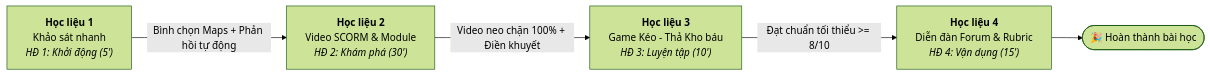
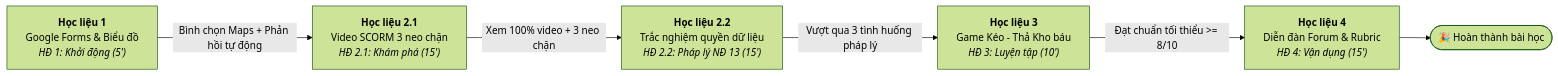
Before and after one commit to toiyeutinhoc238-sudo/lms_bai_6: the diagram in README.md, drawn with Mermaid (forest theme). The commit also changed other lines of this file, not shown here.

Commit message:
Cap nhat README.md dong bo Google Forms va Video 3 neo chan co khoa tien quyet

````diff
--- a/README.md
+++ b/README.md
@@ -11,7 +11,8 @@
 ```mermaid
 flowchart LR
-    H1["<b>Học liệu 1</b><br>Khảo sát nhanh<br><i>HĐ 1: Khởi động (5')</i>"] -->|Bình chọn Maps + Phản hồi tự động| H2["<b>Học liệu 2</b><br>Video SCORM & Module<br><i>HĐ 2: Khám phá (30')</i>"]
-    H2 -->|Video neo chặn 100% + Điền khuyết| H3["<b>Học liệu 3</b><br>Game Kéo - Thả Kho báu<br><i>HĐ 3: Luyện tập (10')</i>"]
+    H1["<b>Học liệu 1</b><br>Google Forms & Biểu đồ<br><i>HĐ 1: Khởi động (5')</i>"] -->|Bình chọn Maps + Phản hồi tự động| H21["<b>Học liệu 2.1</b><br>Video SCORM 3 neo chặn<br><i>HĐ 2.1: Khám phá (15')</i>"]
+    H21 -->|Xem 100% video + 3 neo chặn| H22["<b>Học liệu 2.2</b><br>Trắc nghiệm quyền dữ liệu<br><i>HĐ 2.2: Pháp lý NĐ 13 (15')</i>"]
+    H22 -->|Vượt qua 3 tình huống pháp lý| H3["<b>Học liệu 3</b><br>Game Kéo - Thả Kho báu<br><i>HĐ 3: Luyện tập (10')</i>"]
     H3 -->|Đạt chuẩn tối thiểu >= 8/10| H4["<b>Học liệu 4</b><br>Diễn đàn Forum & Rubric<br><i>HĐ 4: Vận dụng (15')</i>"]
     H4 --> Finish([🎉 Hoàn thành bài học])
 ```
````
